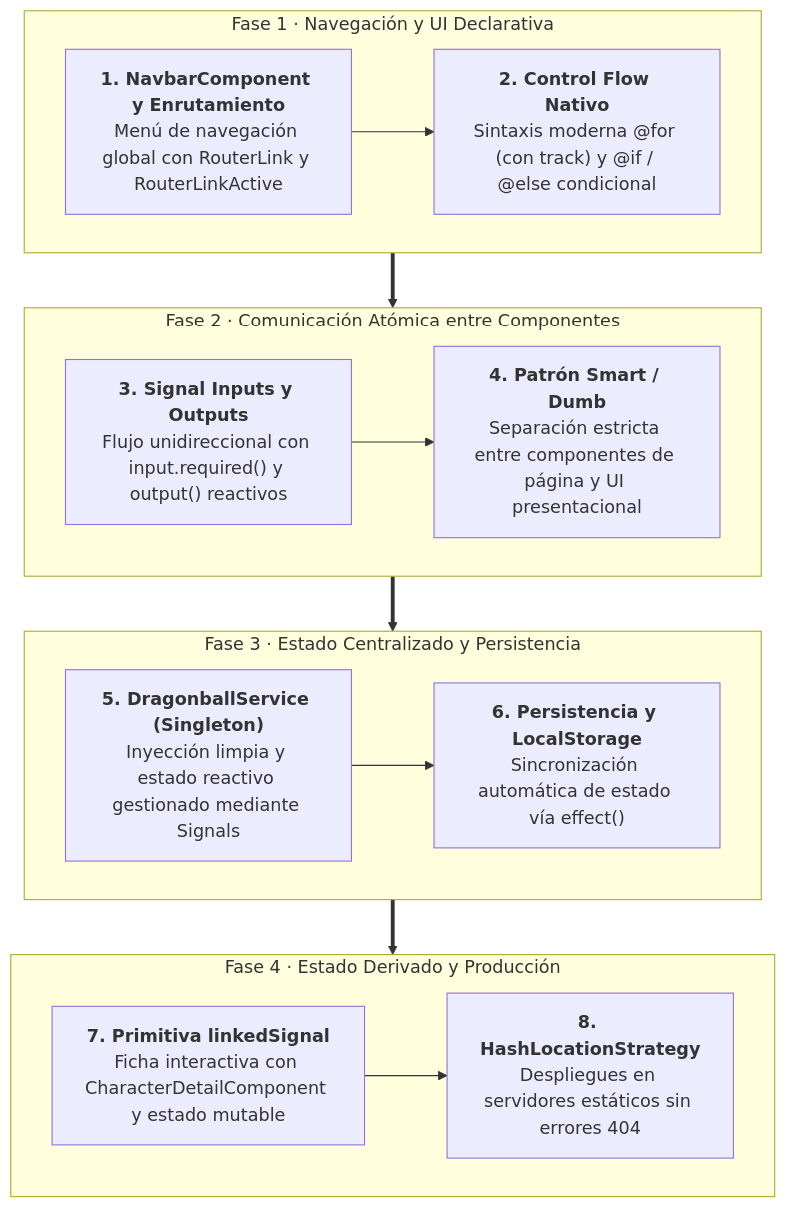
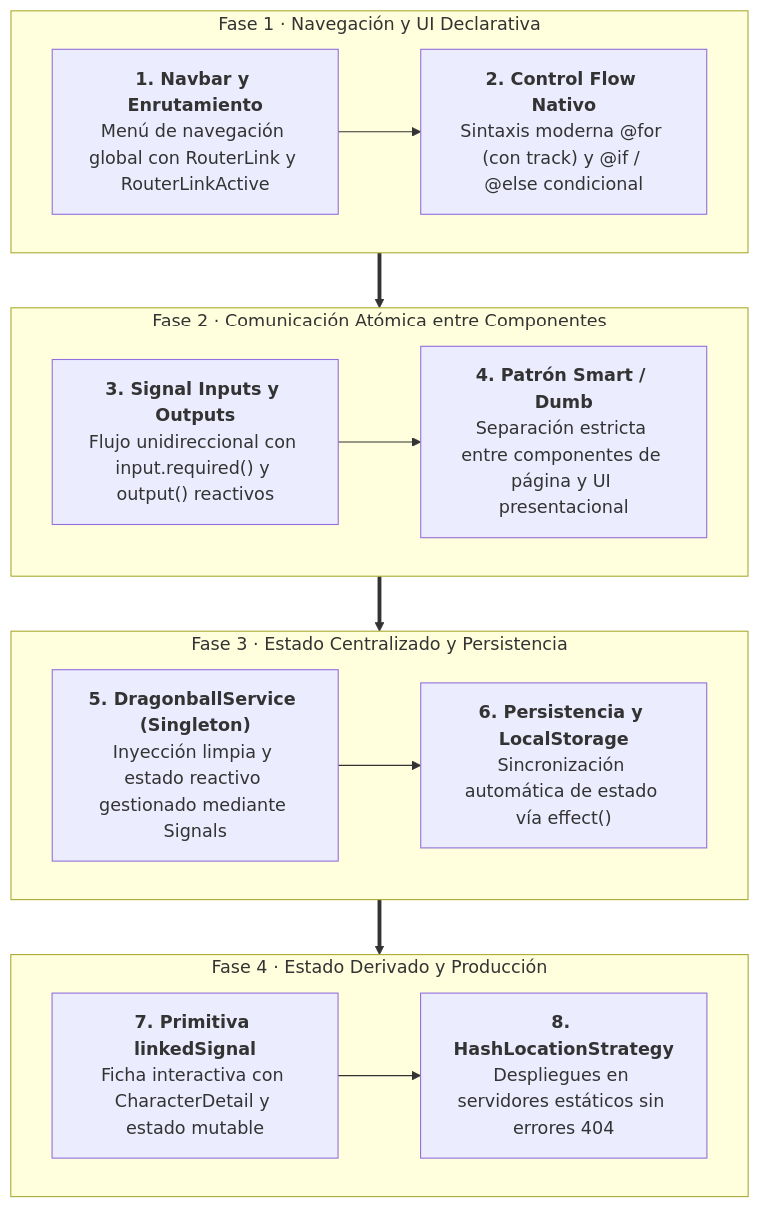
One commit to Jose-Quesada/materiales_angular changed the first of 6 diagrams in docs/05-expandir-bases.md. Above: the diagram before and after it, drawn with Mermaid. The commit also changed other lines of this file and 37 other files, not shown here.

````diff
--- a/docs/05-expandir-bases.md
+++ b/docs/05-expandir-bases.md
@@ -32,20 +32,20 @@
 ``` mermaid
 flowchart TD
     subgraph Fase1 ["Fase 1 · Navegación y UI Declarativa"]
-        A["<b>1. NavbarComponent y Enrutamiento</b><br/>Menú de navegación global con RouterLink y RouterLinkActive"] --> B["<b>2. Control Flow Nativo</b><br/>Sintaxis moderna @for (con track) y @if / @else condicional"]
+        A["<b>1. Navbar y Enrutamiento</b><br/>Menú de navegación global con RouterLink y RouterLinkActive"] --> B["<b>2. Control Flow Nativo</b><br/>Sintaxis moderna @for (con track) y @if / @else condicional"]
     end
 
     subgraph Fase2 ["Fase 2 · Comunicación Atómica entre Componentes"]
         C["<b>3. Signal Inputs y Outputs</b><br/>Flujo unidireccional con input.required() y output() reactivos"] --> D["<b>4. Patrón Smart / Dumb</b><br/>Separación estricta entre componentes de página y UI presentacional"]
     end
 
     subgraph Fase3 ["Fase 3 · Estado Centralizado y Persistencia"]
         E["<b>5. DragonballService (Singleton)</b><br/>Inyección limpia y estado reactivo gestionado mediante Signals"] --> F["<b>6. Persistencia y LocalStorage</b><br/>Sincronización automática de estado vía effect()"]
     end
 
     subgraph Fase4 ["Fase 4 · Estado Derivado y Producción"]
-        G["<b>7. Primitiva linkedSignal</b><br/>Ficha interactiva con CharacterDetailComponent y estado mutable"] --> H["<b>8. HashLocationStrategy</b><br/>Despliegues en servidores estáticos sin errores 404"]
+        G["<b>7. Primitiva linkedSignal</b><br/>Ficha interactiva con CharacterDetail y estado mutable"] --> H["<b>8. HashLocationStrategy</b><br/>Despliegues en servidores estáticos sin errores 404"]
     end
 
     Fase1 ==> Fase2 ==> Fase3 ==> Fase4
 ```
````
